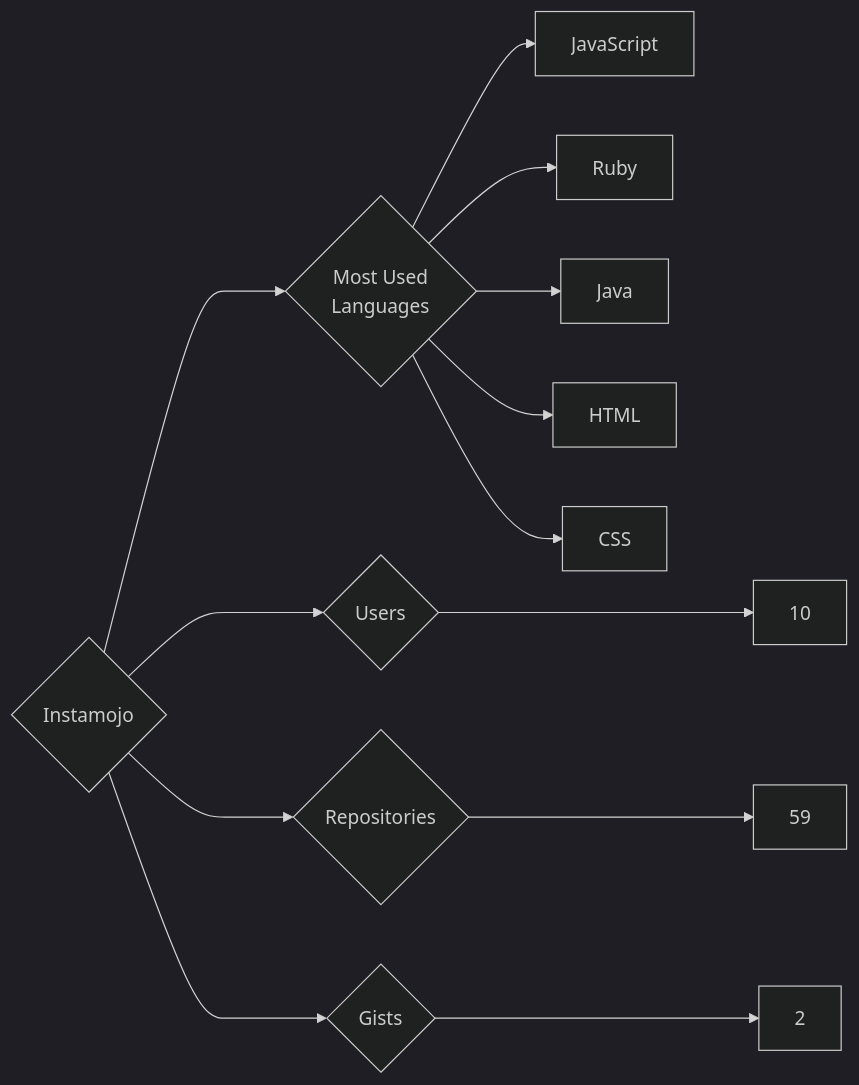
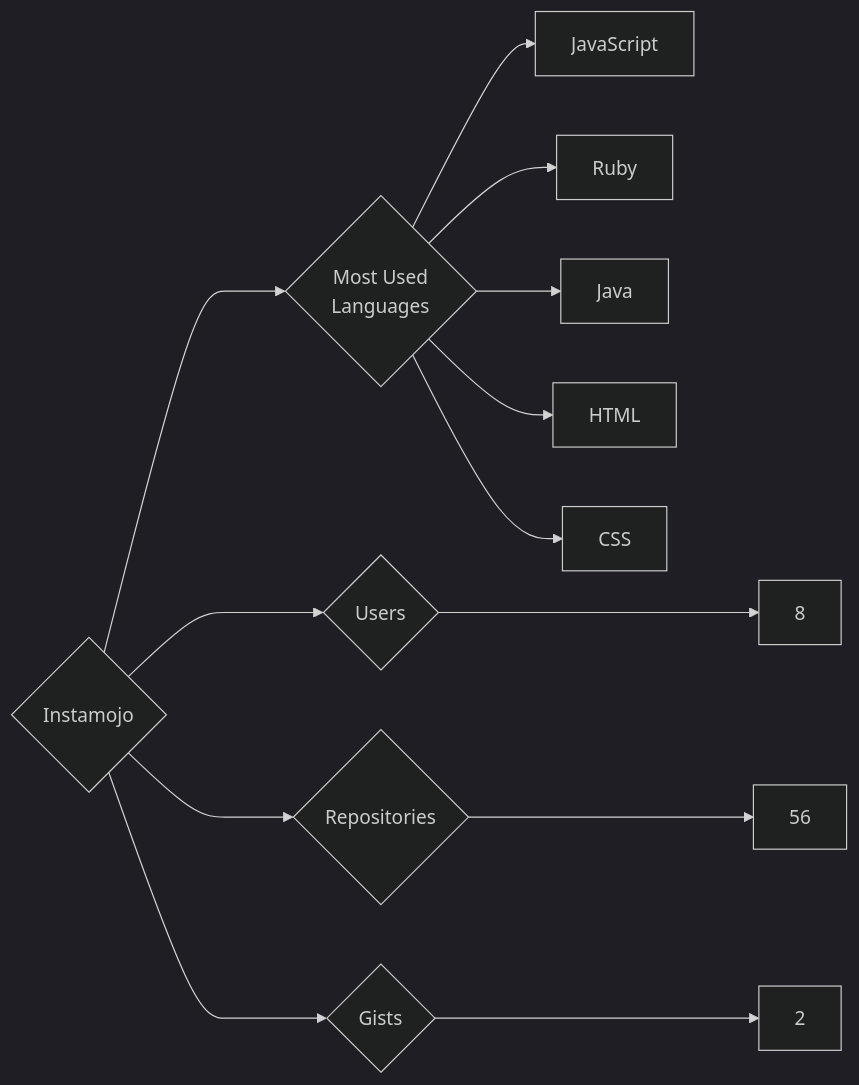
One commit to trickest/insiders changed the diagram in targets/Instamojo/README.md. Above: the diagram before and after it, drawn with Mermaid (dark theme). The commit also changed 1166 other files, not shown here.

````diff
--- a/targets/Instamojo/README.md
+++ b/targets/Instamojo/README.md
@@ -3,13 +3,13 @@
 ```mermaid
 graph LR
 COMPANY_NAME{Instamojo}
-COMPANY_NAME ---> U{Users} ---> UN[10]
-COMPANY_NAME ---> R{Repositories} ---> RN[59]
+COMPANY_NAME ---> U{Users} ---> UN[8]
+COMPANY_NAME ---> R{Repositories} ---> RN[56]
 COMPANY_NAME ---> G{Gists} ---> GN[2]
 COMPANY_NAME ---> ML{Most Used<br>Languages}
 ML --> JavaScript[JavaScript]
 ML --> Ruby[Ruby]
 ML --> Java[Java]
 ML --> HTML[HTML]
 ML --> CSS[CSS]
 ```
````
